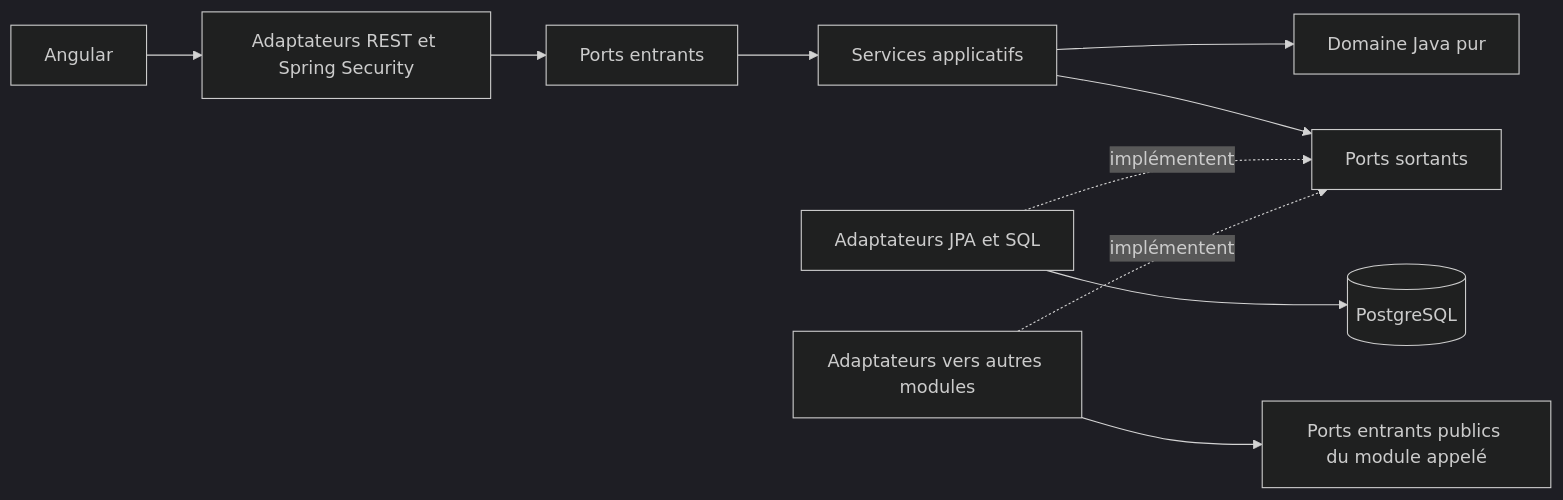
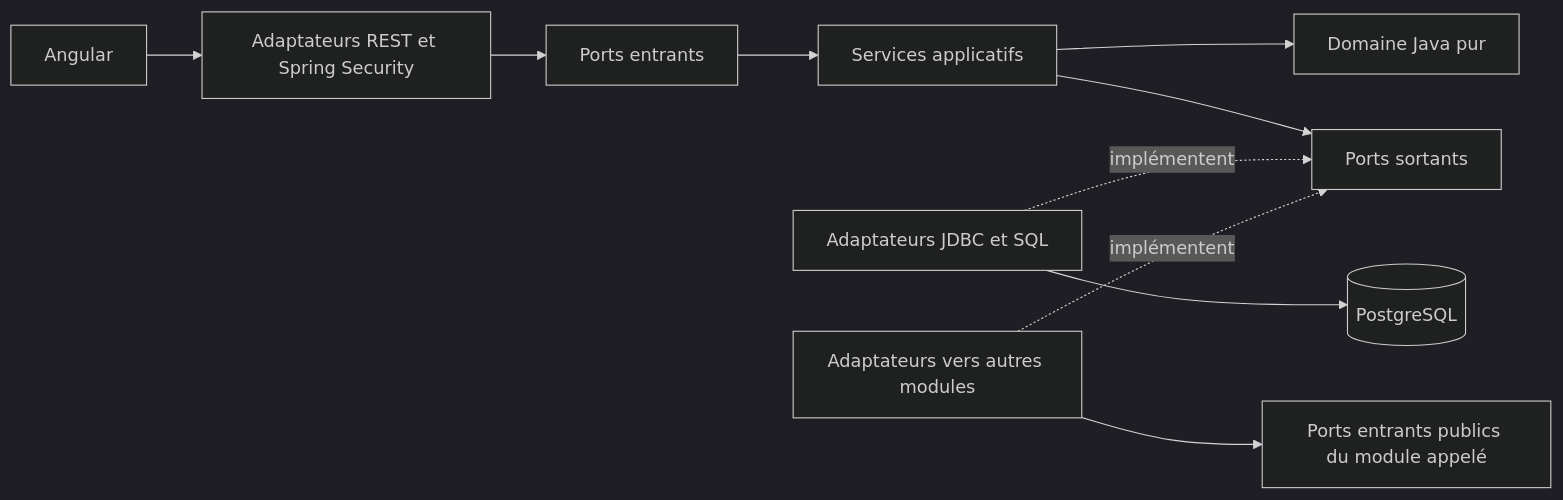
One commit to skpato1/brico-comptoir changed the diagram in docs/architecture.md. Above: the diagram before and after it, drawn with Mermaid (dark theme). The commit also changed other lines of this file and 17 other files, not shown here.

````diff
--- a/docs/architecture.md
+++ b/docs/architecture.md
@@ -99,12 +114,12 @@
 ```mermaid
 flowchart LR
     UI[Angular] --> HTTP[Adaptateurs REST et Spring Security]
     HTTP --> IN[Ports entrants]
     IN --> APP[Services applicatifs]
     APP --> DOMAIN[Domaine Java pur]
     APP --> OUT[Ports sortants]
-    PERSIST[Adaptateurs JPA et SQL] -. implémentent .-> OUT
+    PERSIST[Adaptateurs JDBC et SQL] -. implémentent .-> OUT
     PERSIST --> DB[(PostgreSQL)]
     OTHER[Adaptateurs vers autres modules] -. implémentent .-> OUT
     OTHER --> PUBLIC[Ports entrants publics du module appelé]
 ```
````
